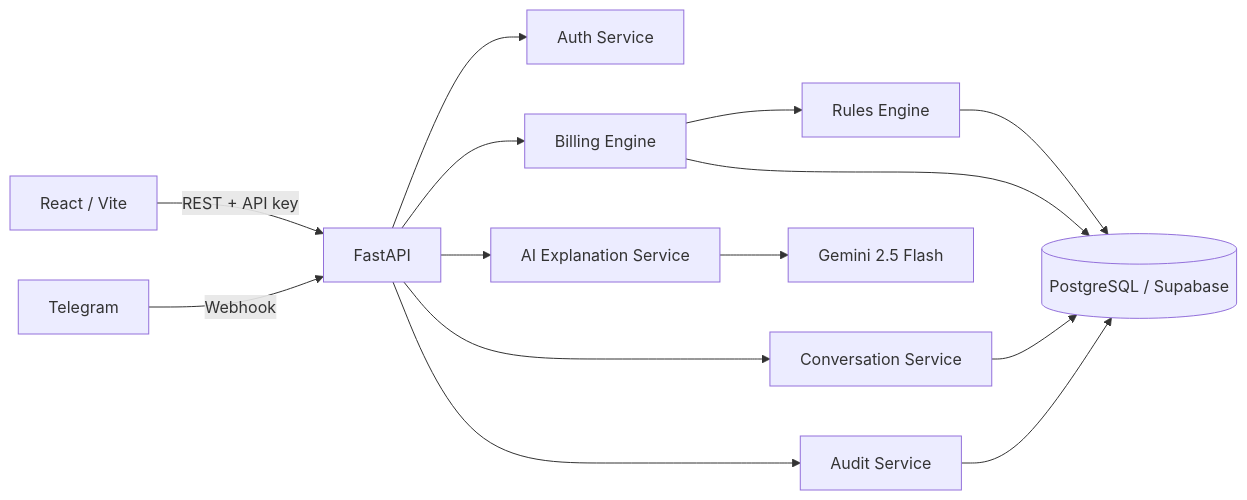
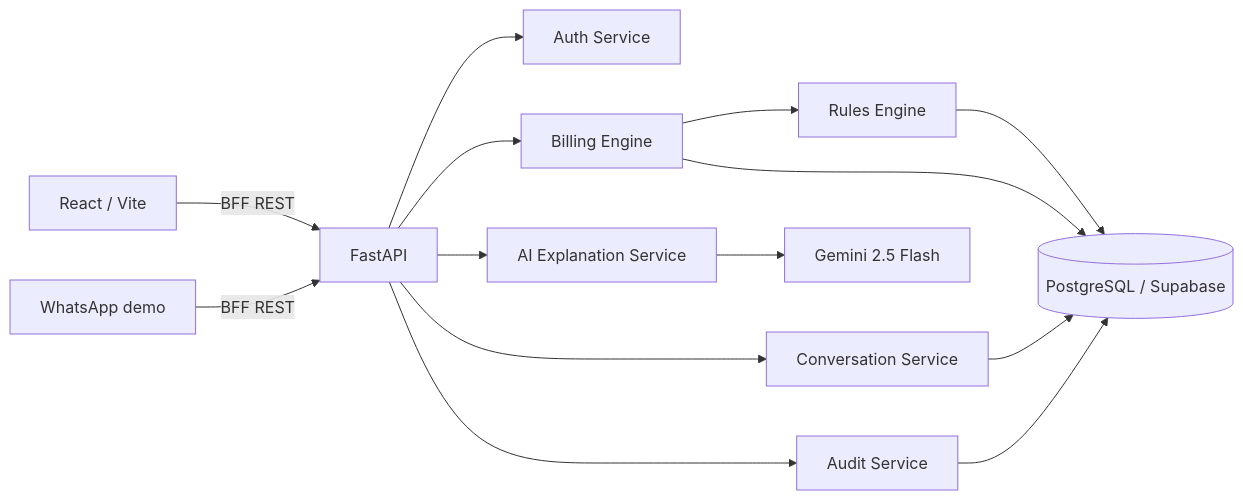
Before and after one commit to EdwardAR/HackatonAI_Desafio1: the first of 2 diagrams in docs/ARCHITECTURE.md, drawn with Mermaid. The commit also changed other lines of this file and 24 other files, not shown here.

First line of the commit message:
Refactor WhatsApp demo component and remove Telegram integration

````diff
--- a/docs/ARCHITECTURE.md
+++ b/docs/ARCHITECTURE.md
@@ -9,16 +9,16 @@
 ```mermaid
 flowchart LR
-  WEB[React / Vite] -->|REST + API key| API[FastAPI]
-  TG[Telegram] -->|Webhook| API
+  WEB[React / Vite] -->|BFF REST| API[FastAPI]
+  WA[WhatsApp demo] -->|BFF REST| API
   API --> AUTH[Auth Service]
   API --> BILL[Billing Engine]
   BILL --> RULES[Rules Engine]
   BILL --> DB[(PostgreSQL / Supabase)]
   RULES --> DB
   API --> AI[AI Explanation Service]
   AI --> GEMINI[Gemini 2.5 Flash]
   API --> CONV[Conversation Service]
   API --> AUDIT[Audit Service]
   CONV --> DB
   AUDIT --> DB
 ```
````
